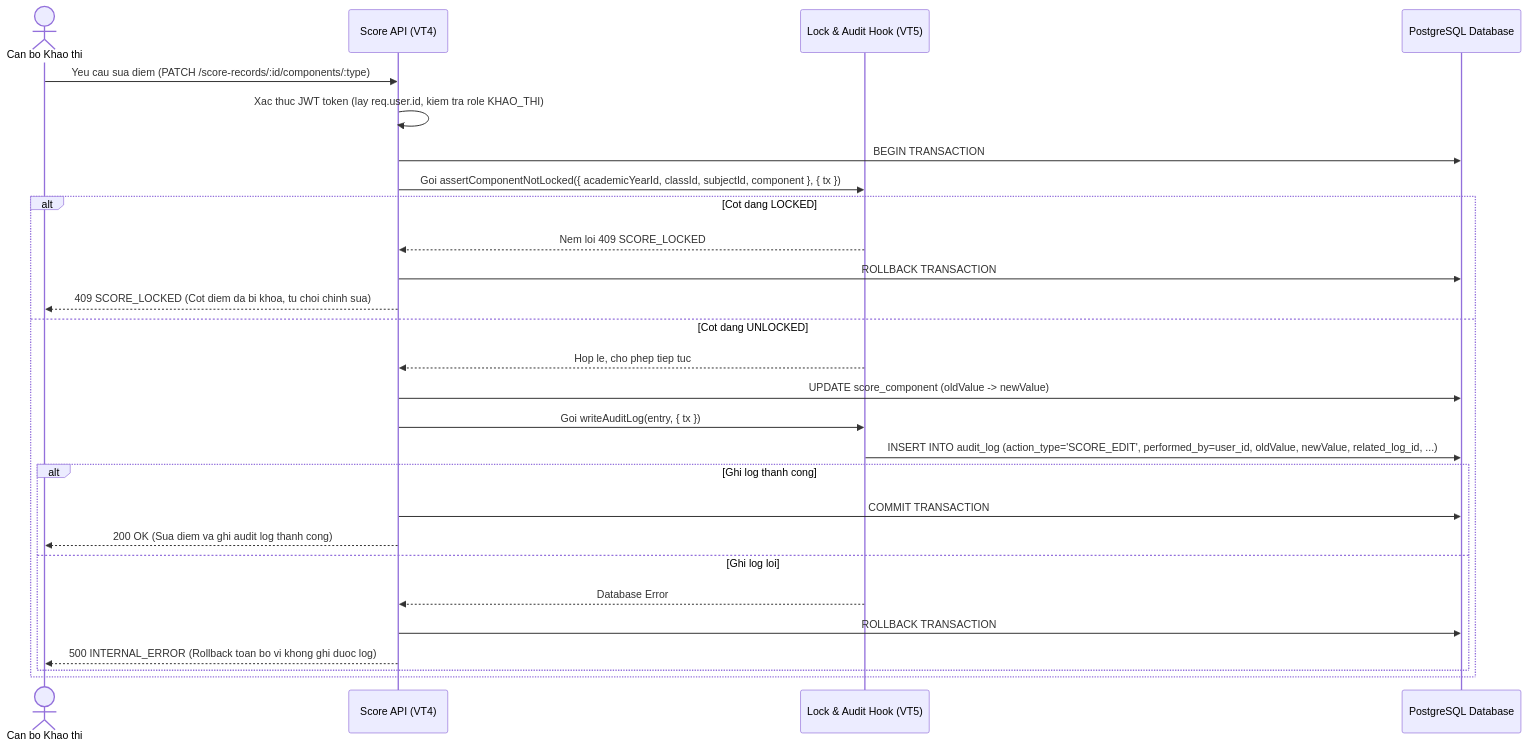
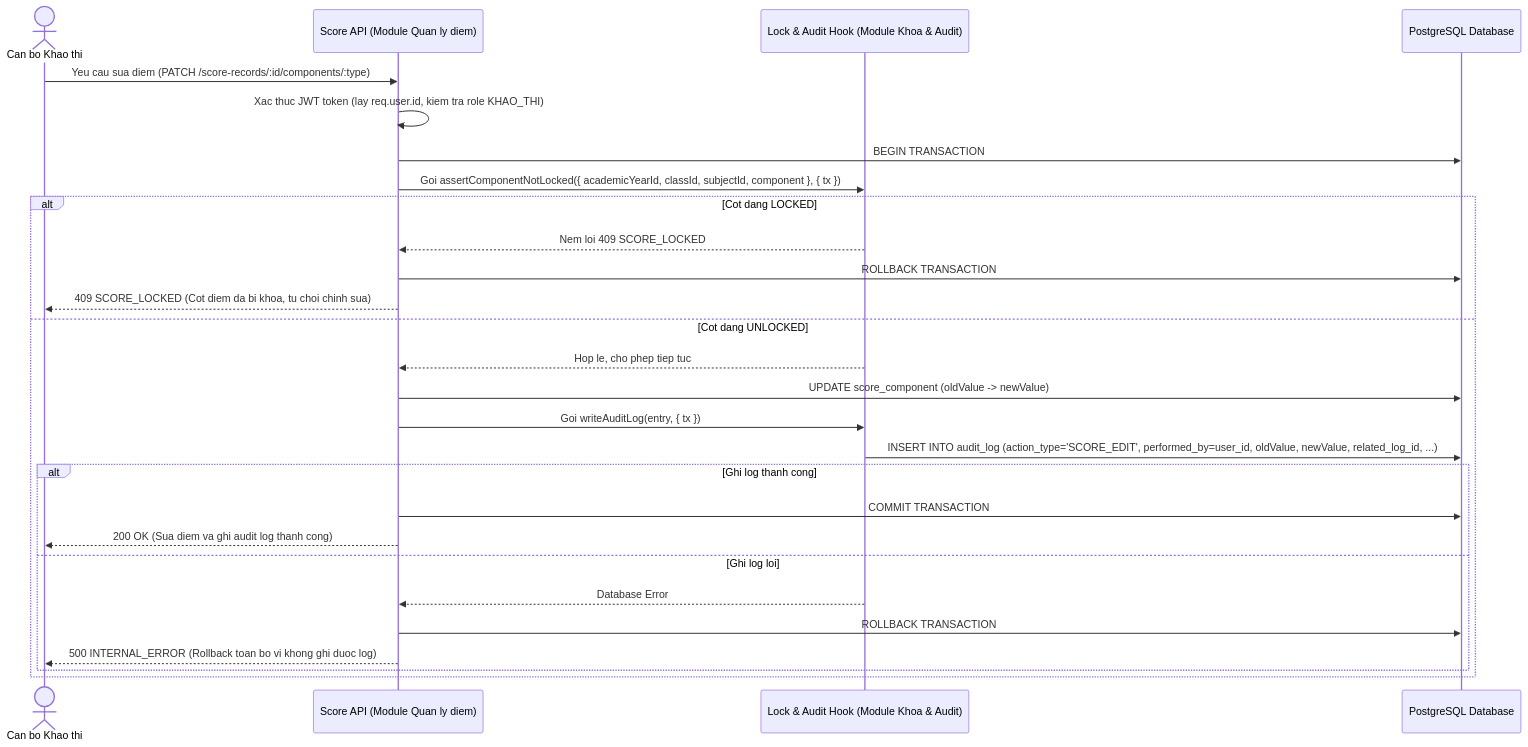
Before and after one commit to 5001103019/he-thong-quan-ly-ket-qua-hoc-tap-thpt: the second of 3 diagrams in docs/vt5-lock-audit-design.md, drawn with Mermaid. The commit also changed other lines of this file, not shown here.

Commit message:
docs: hoan thien thiet ke khoa diem, mo khoa va audit log

````diff
--- a/docs/vt5-lock-audit-design.md
+++ b/docs/vt5-lock-audit-design.md
@@ -626,31 +626,31 @@
 ```mermaid
 sequenceDiagram
     actor KT as Can bo Khao thi
-    participant API as Score API (VT4)
-    participant Hook as Lock & Audit Hook (VT5)
+    participant API as Score API (Module Quan ly diem)
+    participant Hook as Lock & Audit Hook (Module Khoa & Audit)
     participant DB as PostgreSQL Database
 
     KT->>API: Yeu cau sua diem (PATCH /score-records/:id/components/:type)
     API->>API: Xac thuc JWT token (lay req.user.id, kiem tra role KHAO_THI)
     API->>DB: BEGIN TRANSACTION
     API->>Hook: Goi assertComponentNotLocked({ academicYearId, classId, subjectId, component }, { tx })
     
     alt Cot dang LOCKED
         Hook-->>API: Nem loi 409 SCORE_LOCKED
         API->>DB: ROLLBACK TRANSACTION
         API-->>KT: 409 SCORE_LOCKED (Cot diem da bi khoa, tu choi chinh sua)
     else Cot dang UNLOCKED
         Hook-->>API: Hop le, cho phep tiep tuc
         API->>DB: UPDATE score_component (oldValue -> newValue)
         API->>Hook: Goi writeAuditLog(entry, { tx })
         Hook->>DB: INSERT INTO audit_log (action_type='SCORE_EDIT', performed_by=user_id, oldValue, newValue, related_log_id, ...)
         alt Ghi log thanh cong
             API->>DB: COMMIT TRANSACTION
             API-->>KT: 200 OK (Sua diem va ghi audit log thanh cong)
         else Ghi log loi
             Hook-->>API: Database Error
             API->>DB: ROLLBACK TRANSACTION
             API-->>KT: 500 INTERNAL_ERROR (Rollback toan bo vi khong ghi duoc log)
         end
     end
 ```
````
